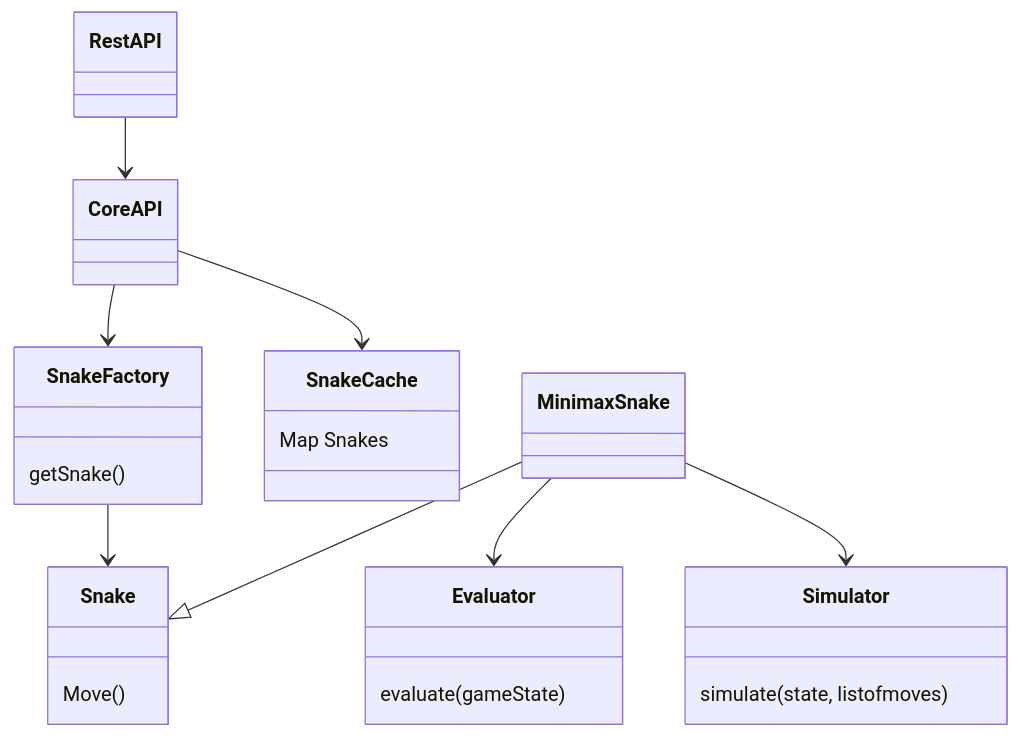
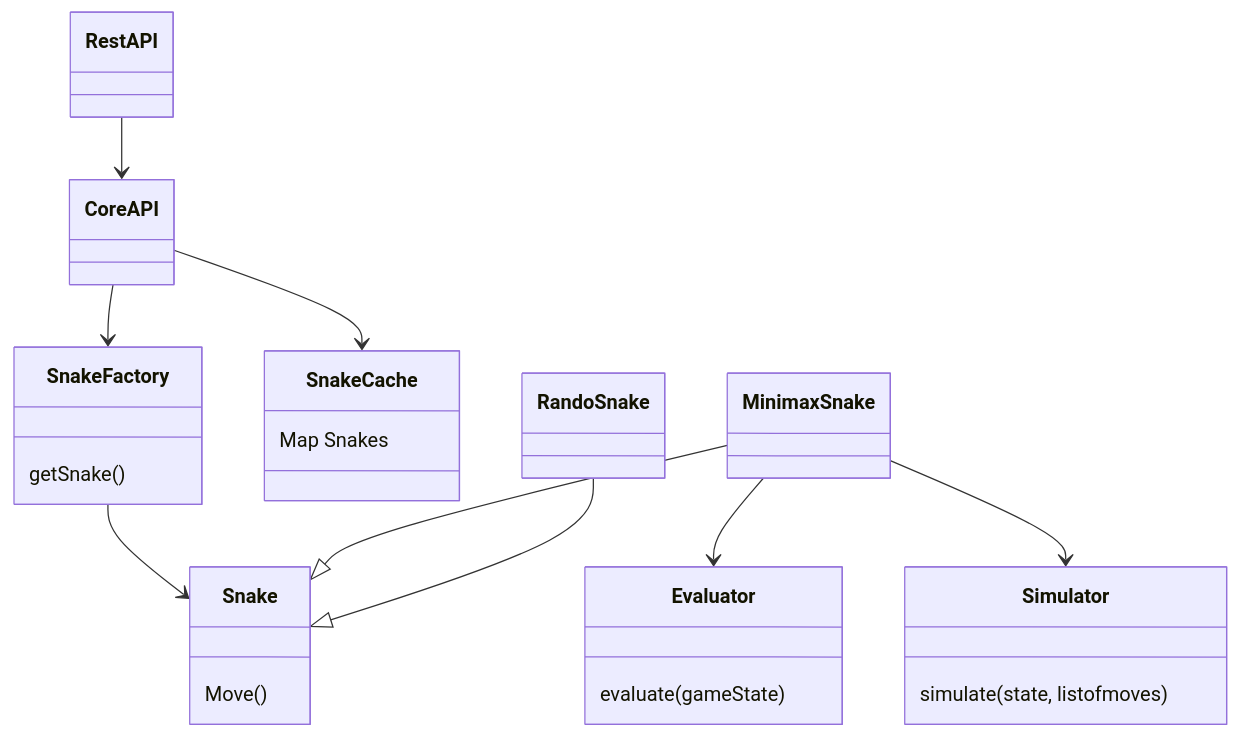
The diagram in architecture.md (m9p909/jacksnakerusty), drawn with Mermaid before and after one commit.

Commit message:
add rando snake

````diff
--- a/architecture.md
+++ b/architecture.md
@@ -6,15 +6,16 @@
 ```mermaid
 classDiagram
     RestAPI --> CoreAPI
     CoreAPI --> SnakeFactory
     CoreAPI --> SnakeCache
     SnakeCache: Map Snakes
     SnakeFactory: getSnake()
     SnakeFactory --> Snake
     Snake: Move()
     MinimaxSnake --|> Snake
+    RandoSnake --|> Snake
     MinimaxSnake --> Evaluator
     Evaluator: evaluate(gameState)
     MinimaxSnake --> Simulator
     Simulator: simulate(state, listofmoves)
 ```
````
